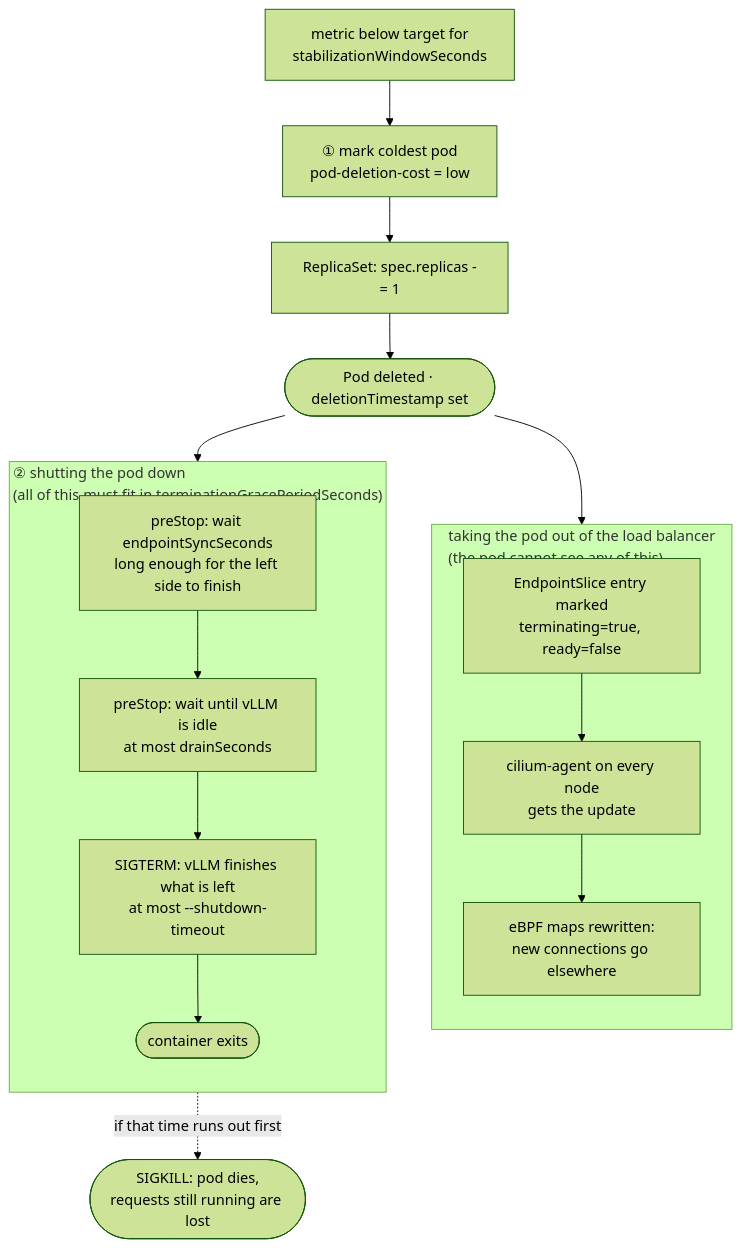
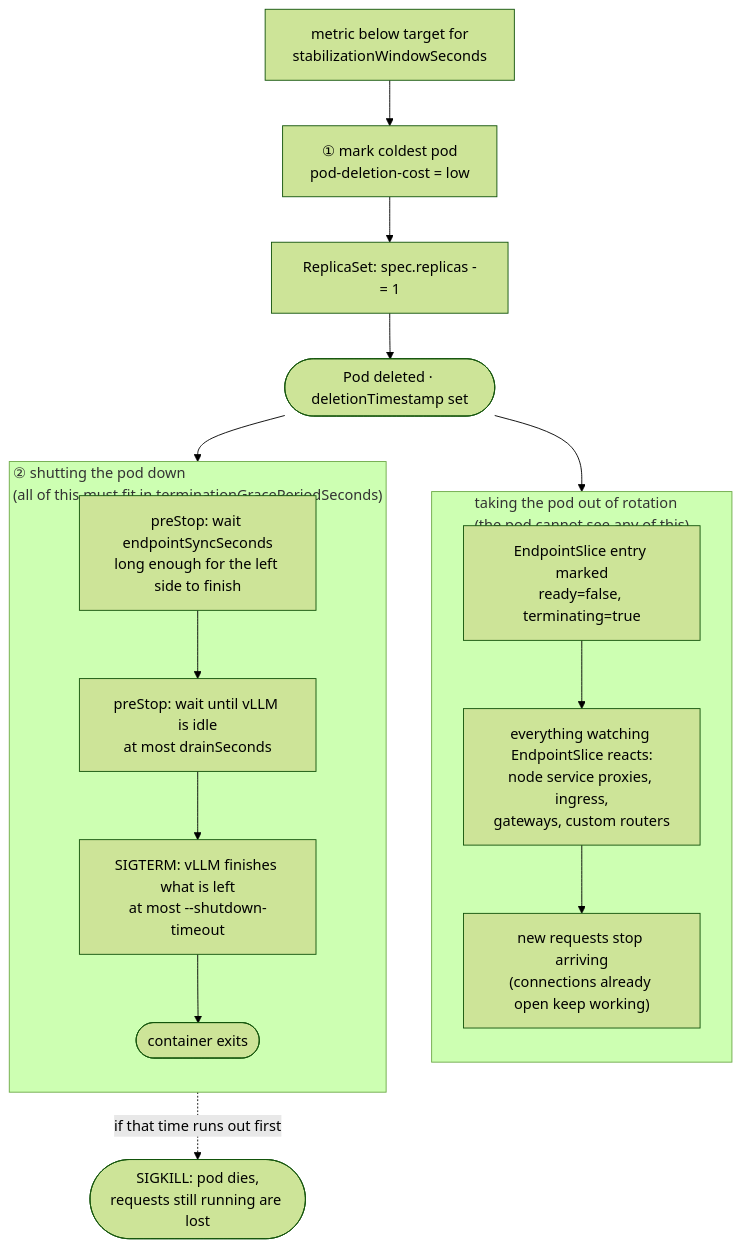
Before and after one commit to modelsphere/llm-operator: the diagram in README.md, drawn with Mermaid (forest theme).

Commit message:
docs(README): minor update

````diff
--- a/README.md
+++ b/README.md
@@ -41,27 +41,27 @@
 ```mermaid
 flowchart TD
     M["metric below target for<br/>stabilizationWindowSeconds"] --> V["① mark coldest pod<br/>pod-deletion-cost = low"]
     V --> RS["ReplicaSet: spec.replicas -= 1"]
     RS --> D(["Pod deleted · deletionTimestamp set"])
 
-    subgraph NET ["taking the pod out of the load balancer<br/>(the pod cannot see any of this)"]
+    subgraph NET ["taking the pod out of rotation<br/>(the pod cannot see any of this)"]
         direction TB
-        C1["EndpointSlice entry marked<br/>terminating=true, ready=false"]
-        C2["cilium-agent on every node<br/>gets the update"]
-        C3["eBPF maps rewritten:<br/>new connections go elsewhere"]
+        C1["EndpointSlice entry marked<br/>ready=false, terminating=true"]
+        C2["everything watching EndpointSlice reacts:<br/>node service proxies, ingress,<br/>gateways, custom routers"]
+        C3["new requests stop arriving<br/>(connections already open keep working)"]
         C1 --> C2 --> C3
     end
 
     subgraph POD ["② shutting the pod down<br/>(all of this must fit in terminationGracePeriodSeconds)"]
         direction TB
         K1["preStop: wait endpointSyncSeconds<br/>long enough for the left side to finish"]
         K2["preStop: wait until vLLM is idle<br/>at most drainSeconds"]
         K3["SIGTERM: vLLM finishes what is left<br/>at most --shutdown-timeout"]
         K4(["container exits"])
         K1 --> K2 --> K3 --> K4
     end
 
     D --> C1
     D --> K1
     POD -.->|"if that time runs out first"| KILL(["SIGKILL: pod dies,<br/>requests still running are lost"])
 ```
````
